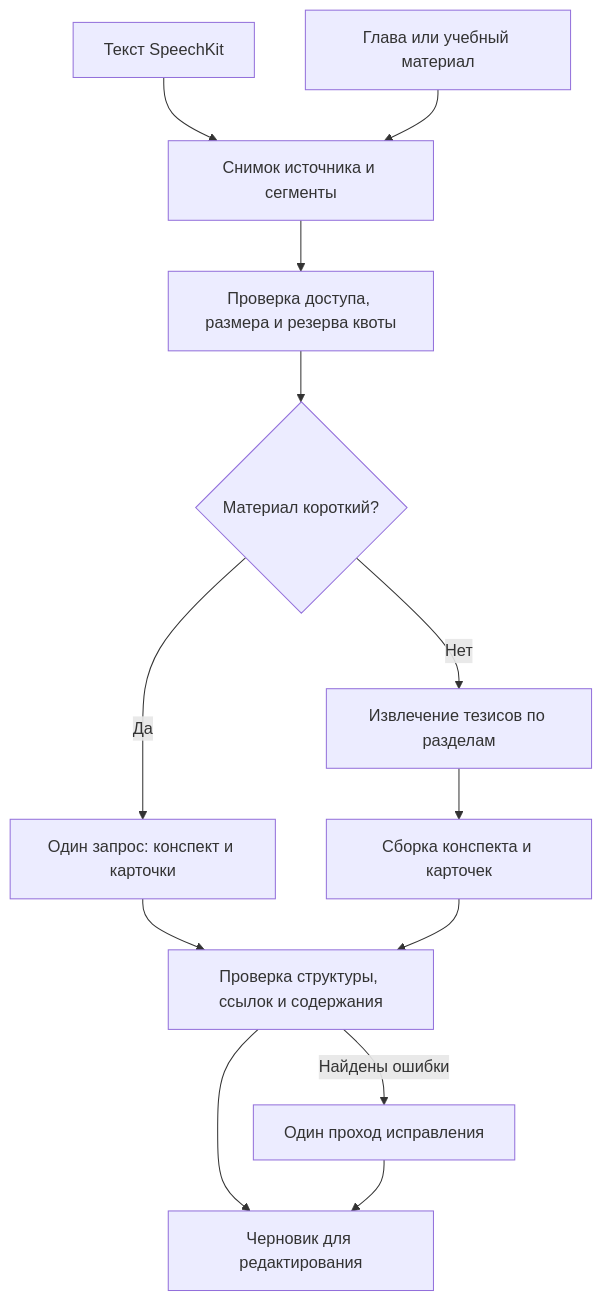
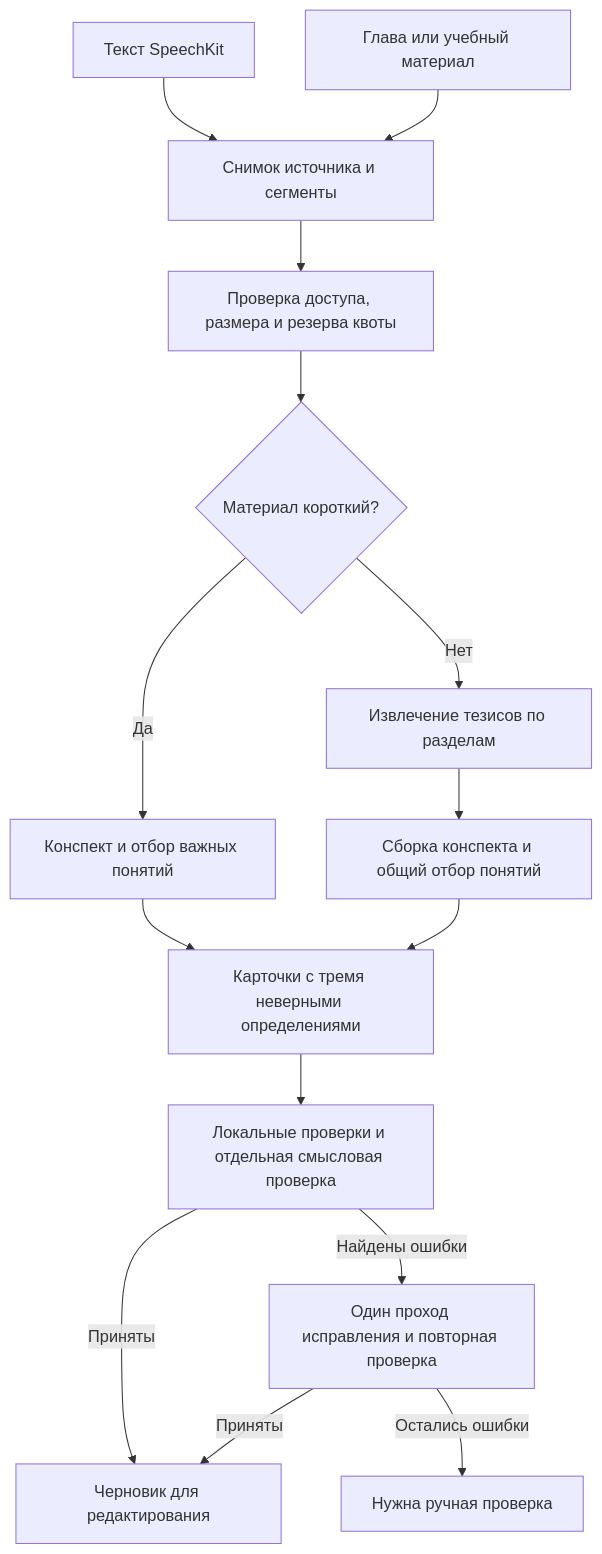
One commit to Zhmurikon/remora changed the diagram in docs/18-ai-study-materials.md. Above: the diagram before and after it, drawn with Mermaid. The commit also changed other lines of this file and 5 other files, not shown here.

````diff
--- a/docs/18-ai-study-materials.md
+++ b/docs/18-ai-study-materials.md
@@ -78,15 +118,17 @@
 ```mermaid
 flowchart TD
     A[Текст SpeechKit] --> C[Снимок источника и сегменты]
     B[Глава или учебный материал] --> C
     C --> D[Проверка доступа, размера и резерва квоты]
     D --> E{Материал короткий?}
-    E -->|Да| F[Один запрос: конспект и карточки]
+    E -->|Да| F[Конспект и отбор важных понятий]
     E -->|Нет| G[Извлечение тезисов по разделам]
-    G --> H[Сборка конспекта и карточек]
-    F --> I[Проверка структуры, ссылок и содержания]
+    G --> H[Сборка конспекта и общий отбор понятий]
+    F --> I[Карточки с тремя неверными определениями]
     H --> I
-    I --> J[Черновик для редактирования]
-    I -->|Найдены ошибки| K[Один проход исправления]
-    K --> J
+    I --> V[Локальные проверки и отдельная смысловая проверка]
+    V -->|Приняты| J[Черновик для редактирования]
+    V -->|Найдены ошибки| K[Один проход исправления и повторная проверка]
+    K -->|Приняты| J
+    K -->|Остались ошибки| R[Нужна ручная проверка]
 ```
````
